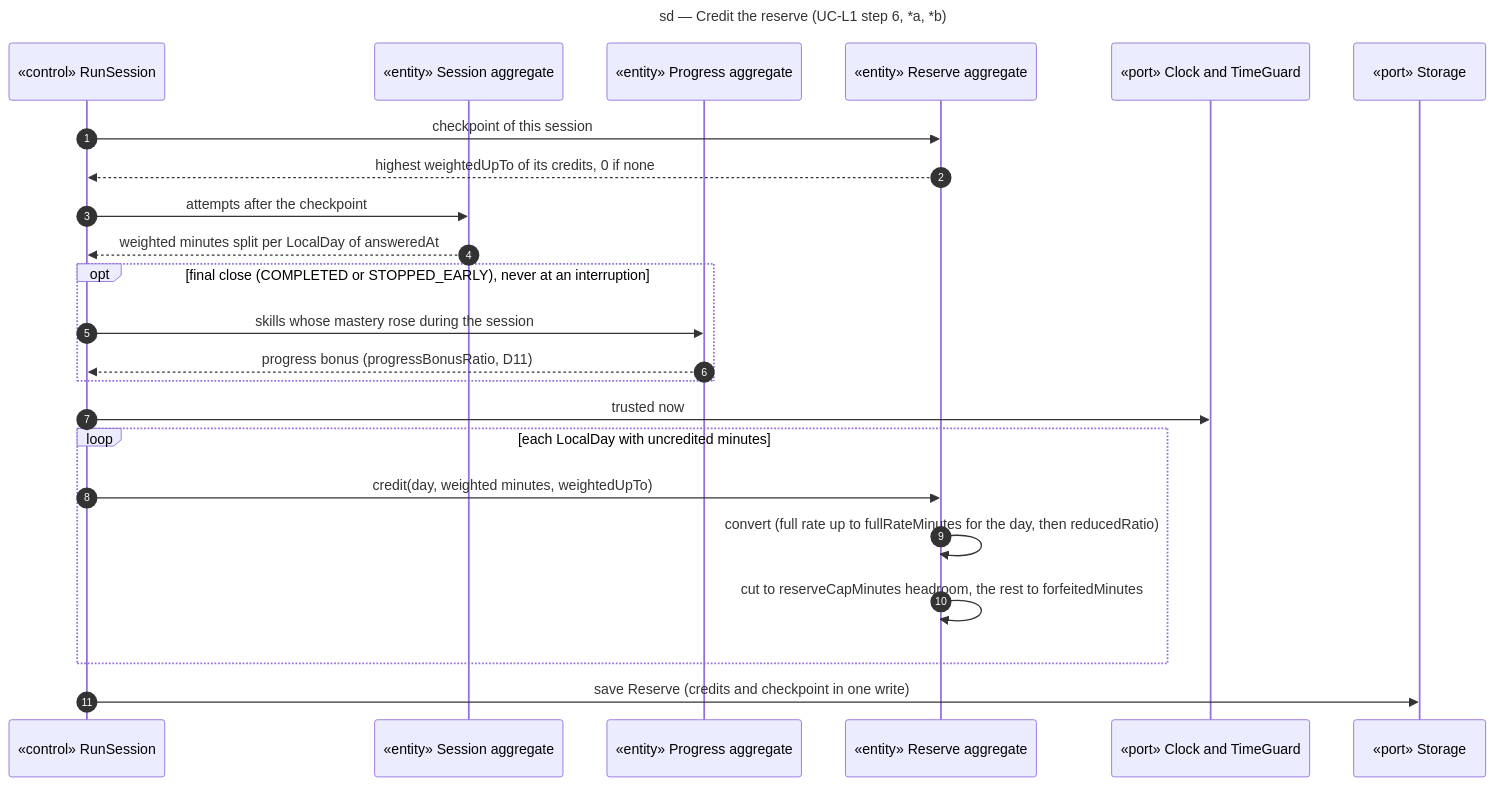
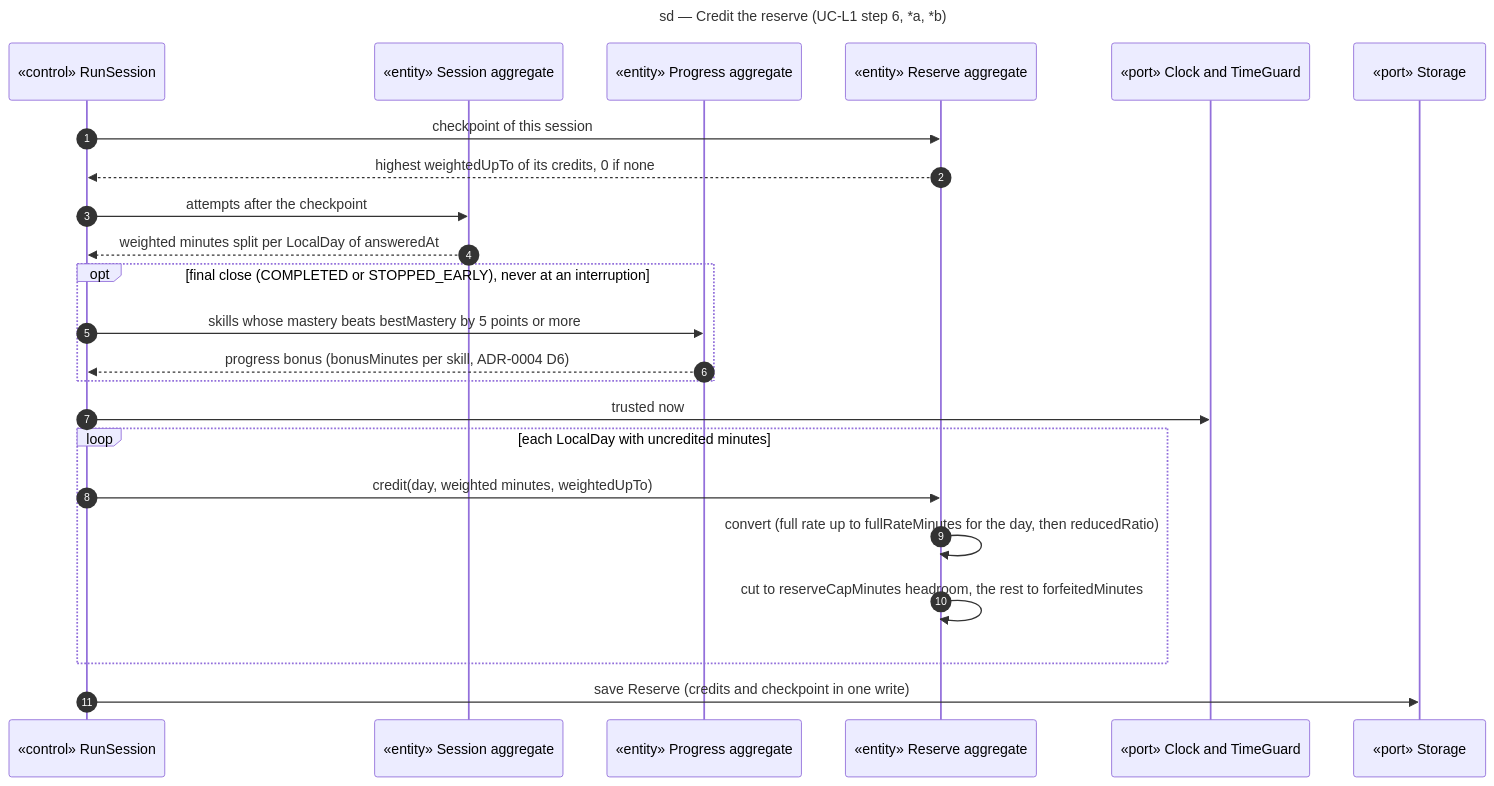
One commit to benoit-bremaud/learn-to-earn changed the diagram in docs/architecture/diagrams/learning/05-sequence-crediting.md. Above: the diagram before and after it, drawn with Mermaid. The commit also changed other lines of this file and 18 other files, not shown here.

````diff
--- a/docs/architecture/diagrams/learning/05-sequence-crediting.md
+++ b/docs/architecture/diagrams/learning/05-sequence-crediting.md
@@ -14,27 +14,27 @@
 ```mermaid
 sequenceDiagram
   title sd — Credit the reserve (UC-L1 step 6, *a, *b)
   autonumber
   participant Ctl as «control» RunSession
   participant Practice as «entity» Session aggregate
   participant Progress as «entity» Progress aggregate
   participant Reserve as «entity» Reserve aggregate
   participant Clock as «port» Clock and TimeGuard
   participant Store as «port» Storage
 
   Ctl->>Reserve: checkpoint of this session
   Reserve-->>Ctl: highest weightedUpTo of its credits, 0 if none
   Ctl->>Practice: attempts after the checkpoint
   Practice-->>Ctl: weighted minutes split per LocalDay of answeredAt
   opt final close (COMPLETED or STOPPED_EARLY), never at an interruption
-    Ctl->>Progress: skills whose mastery rose during the session
-    Progress-->>Ctl: progress bonus (progressBonusRatio, D11)
+    Ctl->>Progress: skills whose mastery beats bestMastery by 5 points or more
+    Progress-->>Ctl: progress bonus (bonusMinutes per skill, ADR-0004 D6)
   end
   Ctl->>Clock: trusted now
   loop each LocalDay with uncredited minutes
     Ctl->>Reserve: credit(day, weighted minutes, weightedUpTo)
     Reserve->>Reserve: convert (full rate up to fullRateMinutes for the day, then reducedRatio)
     Reserve->>Reserve: cut to reserveCapMinutes headroom, the rest to forfeitedMinutes
   end
   Ctl->>Store: save Reserve (credits and checkpoint in one write)
 ```
````
